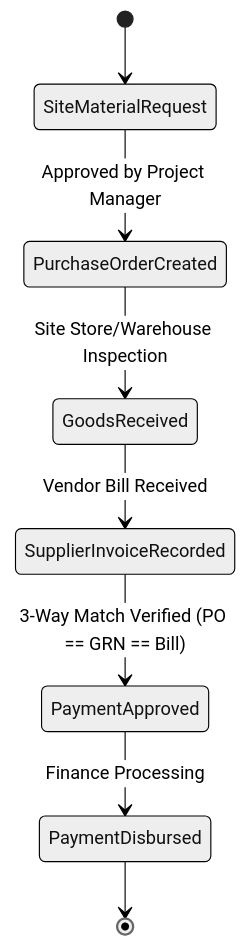
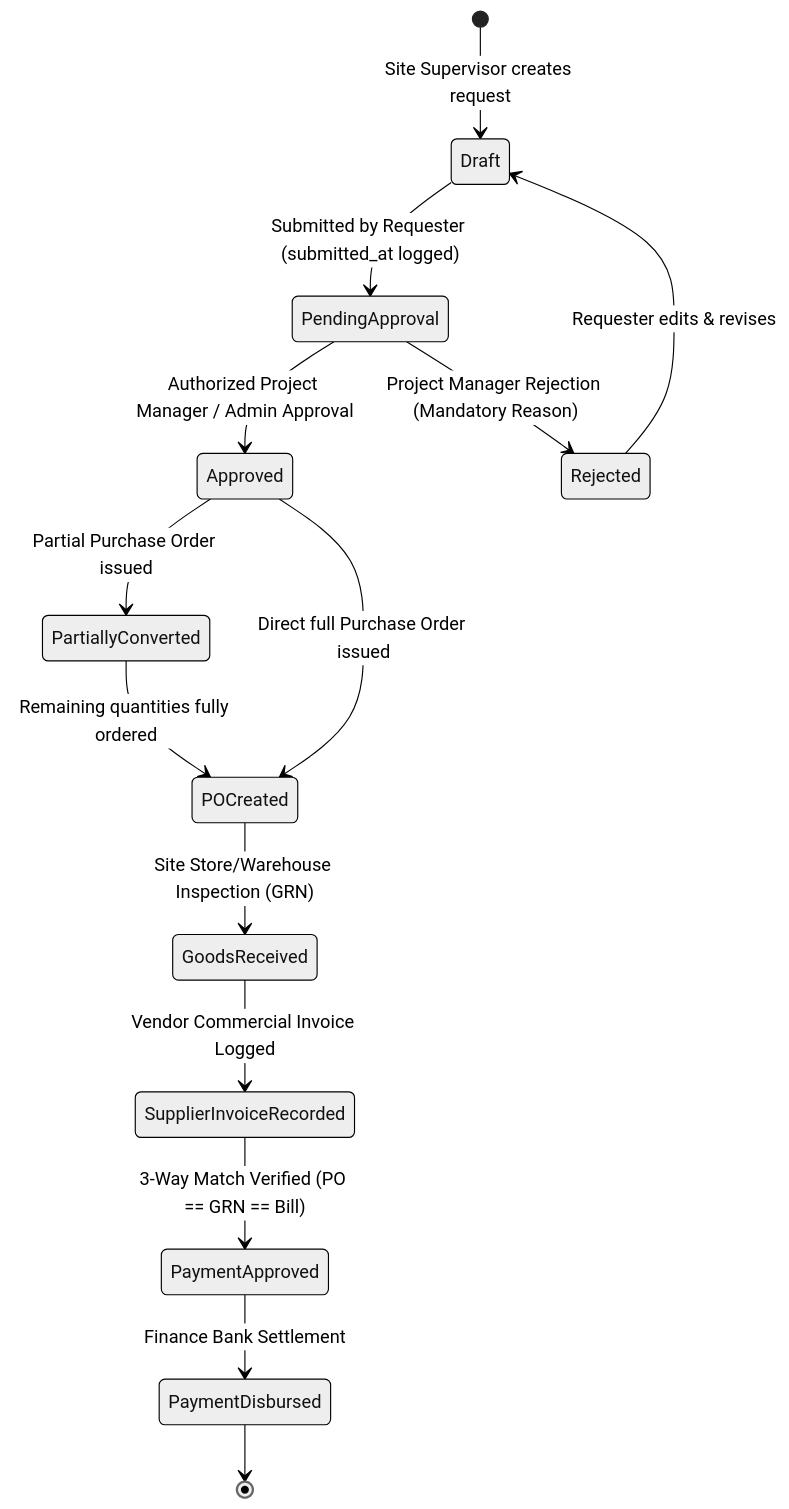
The first of 4 diagrams in docs/WORKFLOWS.md (Andrew93541/NSD-EARTH-MOVERS-CRM01), drawn with Mermaid (neutral theme) before and after one commit. The commit also changed other lines of this file and 17 other files, not shown here.

Commit message:
feat(procurement): implement site purchase requests, project manager approval, and purchase order conversion workflow

````diff
--- a/docs/WORKFLOWS.md
+++ b/docs/WORKFLOWS.md
@@ -5,10 +5,16 @@
 ```mermaid
 stateDiagram-v2
-    [*] --> SiteMaterialRequest
-    SiteMaterialRequest --> PurchaseOrderCreated: Approved by Project Manager
-    PurchaseOrderCreated --> GoodsReceived: Site Store/Warehouse Inspection
-    GoodsReceived --> SupplierInvoiceRecorded: Vendor Bill Received
+    [*] --> Draft: Site Supervisor creates request
+    Draft --> PendingApproval: Submitted by Requester (submitted_at logged)
+    PendingApproval --> Approved: Authorized Project Manager / Admin Approval
+    PendingApproval --> Rejected: Project Manager Rejection (Mandatory Reason)
+    Rejected --> Draft: Requester edits & revises
+    Approved --> PartiallyConverted: Partial Purchase Order issued
+    PartiallyConverted --> POCreated: Remaining quantities fully ordered
+    Approved --> POCreated: Direct full Purchase Order issued
+    POCreated --> GoodsReceived: Site Store/Warehouse Inspection (GRN)
+    GoodsReceived --> SupplierInvoiceRecorded: Vendor Commercial Invoice Logged
     SupplierInvoiceRecorded --> PaymentApproved: 3-Way Match Verified (PO == GRN == Bill)
-    PaymentApproved --> PaymentDisbursed: Finance Processing
+    PaymentApproved --> PaymentDisbursed: Finance Bank Settlement
     PaymentDisbursed --> [*]
 ```
````
